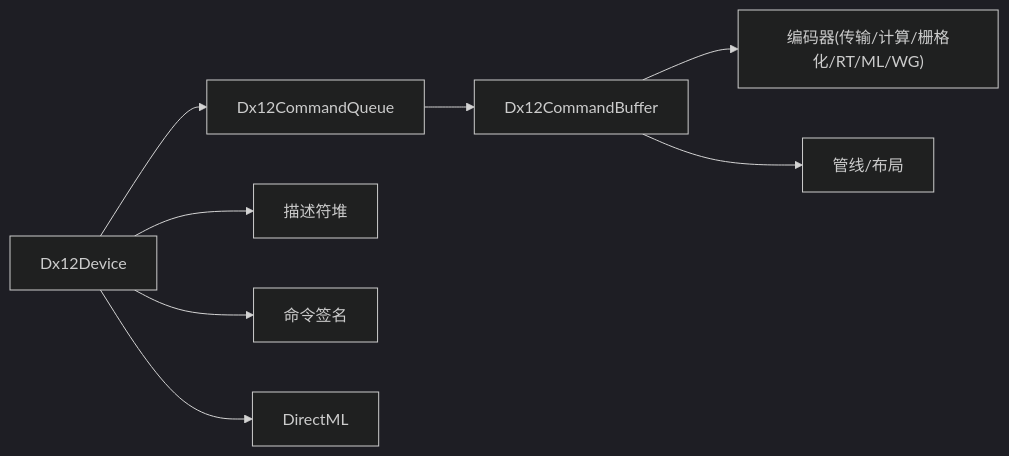
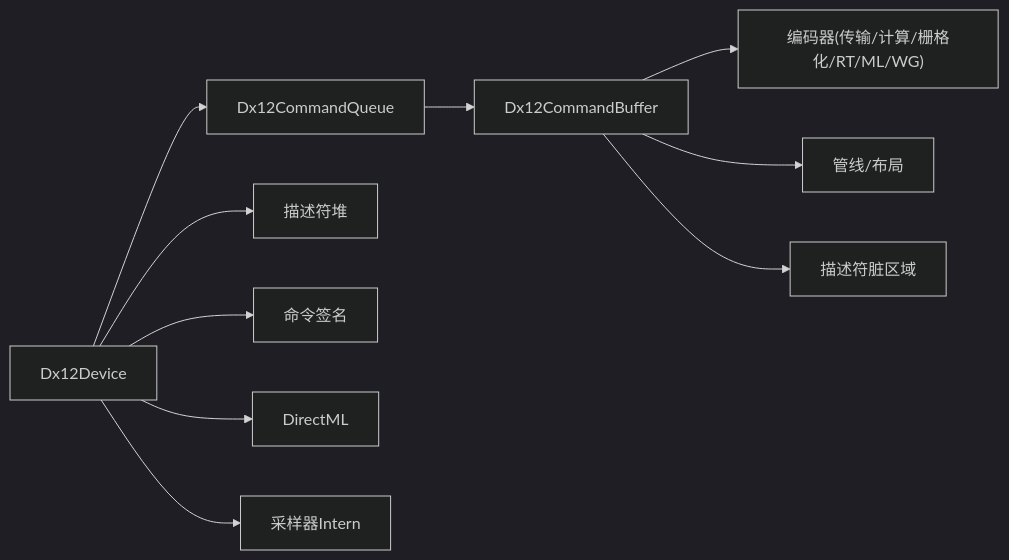
The tenth of 10 diagrams in .qoder/repowiki/zh/content/后端实现/DirectX 12 后端.md (haolange/SharpGPU), drawn with Mermaid (dark theme) before and after one commit. The commit also changed other lines of this file and 4 other files, not shown here.

````diff
--- a/.qoder/repowiki/zh/content/后端实现/DirectX 12 后端.md
+++ b/.qoder/repowiki/zh/content/后端实现/DirectX 12 后端.md
@@ -362,10 +486,12 @@
 ```mermaid
 graph LR
 Dev["Dx12Device"] --> Q["Dx12CommandQueue"]
 Q --> CB["Dx12CommandBuffer"]
 CB --> Enc["编码器(传输/计算/栅格化/RT/ML/WG)"]
 Dev --> DS["描述符堆"]
 Dev --> CS["命令签名"]
 Dev --> DML["DirectML"]
+Dev --> SI["采样器Intern"]
 CB --> PL["管线/布局"]
+CB --> DR["描述符脏区域"]
 ```
````
